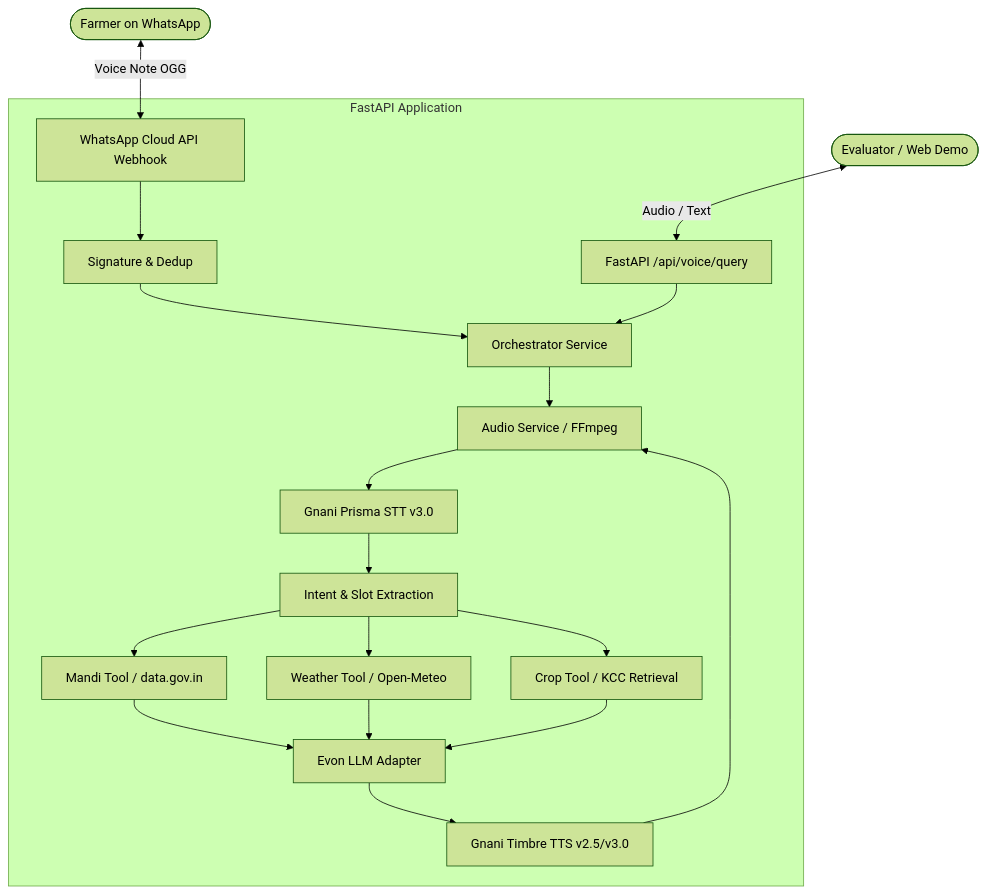
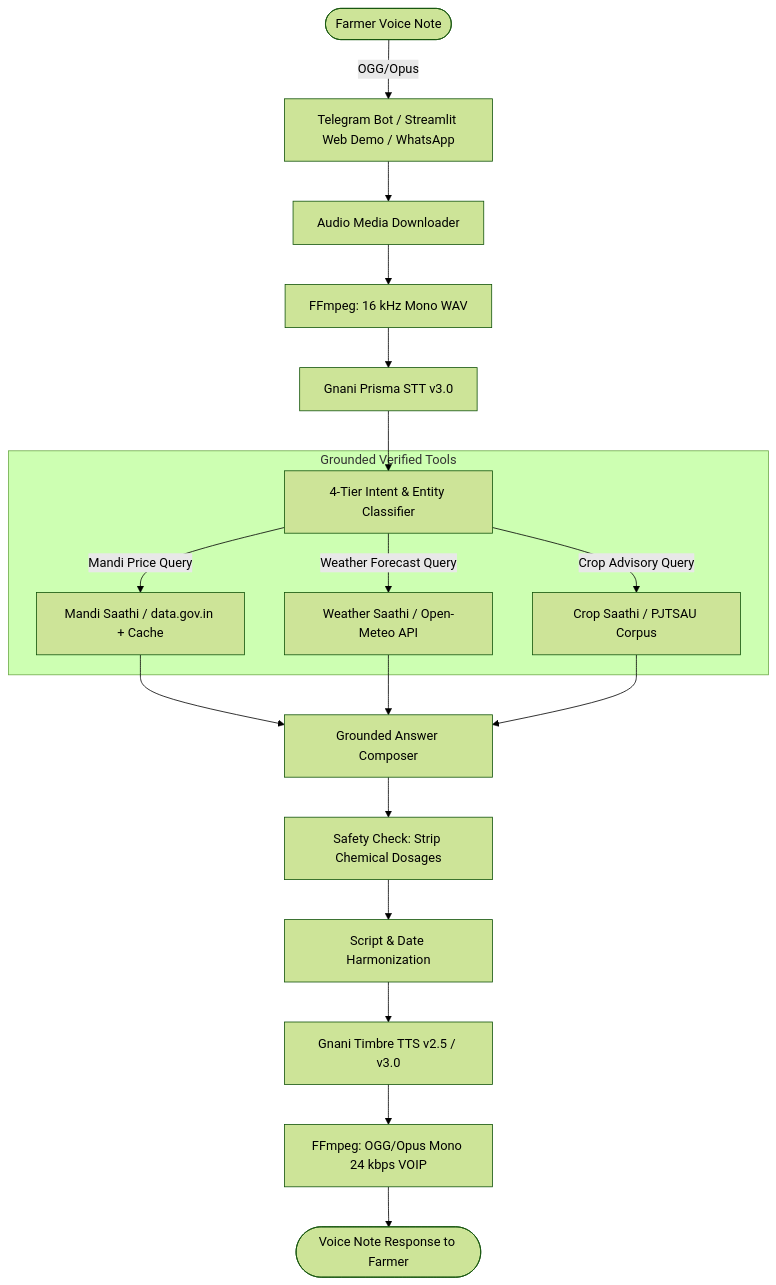
Before and after one commit to itsakhilesh7/KIsan-Saathi: the diagram in README.md, drawn with Mermaid (forest theme). The commit also changed other lines of this file and 7 other files, not shown here.

Commit message:
docs: finalize submission writeup, audit crop advisory claims, and verify evaluation integrity

````diff
--- a/README.md
+++ b/README.md
@@ -51,26 +22,26 @@
 ```mermaid
 flowchart TD
-    User([Farmer on WhatsApp]) <-->|Voice Note OGG| WA[WhatsApp Cloud API Webhook]
-    Judge([Evaluator / Web Demo]) <-->|Audio / Text| WebAPI[FastAPI /api/voice/query]
+    Farmer([Farmer Voice Note]) -->|OGG/Opus| Channel[Telegram Bot / Streamlit Web Demo / WhatsApp]
+    Channel --> MediaHandler[Audio Media Downloader]
+    MediaHandler --> FFmpeg1[FFmpeg: 16 kHz Mono WAV]
     
-    subgraph Backend [FastAPI Application]
-        WA --> Sec[Signature & Dedup]
-        Sec --> Orch[Orchestrator Service]
-        WebAPI --> Orch
-        
-        Orch --> AudioServ[Audio Service / FFmpeg]
-        AudioServ --> STT[Gnani Prisma STT v3.0]
-        STT --> Intent[Intent & Slot Extraction]
-        
-        Intent --> ToolMandi[Mandi Tool / data.gov.in]
-        Intent --> ToolWeather[Weather Tool / Open-Meteo]
-        Intent --> ToolKCC[Crop Tool / KCC Retrieval]
-        
-        ToolMandi --> LLM[Evon LLM Adapter]
-        ToolWeather --> LLM
-        ToolKCC --> LLM
-        
-        LLM --> TTS[Gnani Timbre TTS v2.5/v3.0]
-        TTS --> AudioServ
+    FFmpeg1 --> STT[Gnani Prisma STT v3.0]
+    STT --> IntentRouter[4-Tier Intent & Entity Classifier]
+    
+    subgraph GroundedTools [Grounded Verified Tools]
+        IntentRouter -->|Mandi Price Query| MandiTool[Mandi Saathi / data.gov.in + Cache]
+        IntentRouter -->|Weather Forecast Query| WeatherTool[Weather Saathi / Open-Meteo API]
+        IntentRouter -->|Crop Advisory Query| AdvisoryTool[Crop Saathi / PJTSAU Corpus]
     end
+    
+    MandiTool --> AnswerComposer[Grounded Answer Composer]
+    WeatherTool --> AnswerComposer
+    AdvisoryTool --> AnswerComposer
+    
+    AnswerComposer --> SafetyGuard[Safety Check: Strip Chemical Dosages]
+    SafetyGuard --> Harmonizer[Script & Date Harmonization]
+    
+    Harmonizer --> TTS[Gnani Timbre TTS v2.5 / v3.0]
+    TTS --> FFmpeg2[FFmpeg: OGG/Opus Mono 24 kbps VOIP]
+    FFmpeg2 --> VoiceReply([Voice Note Response to Farmer])
 ```
````
